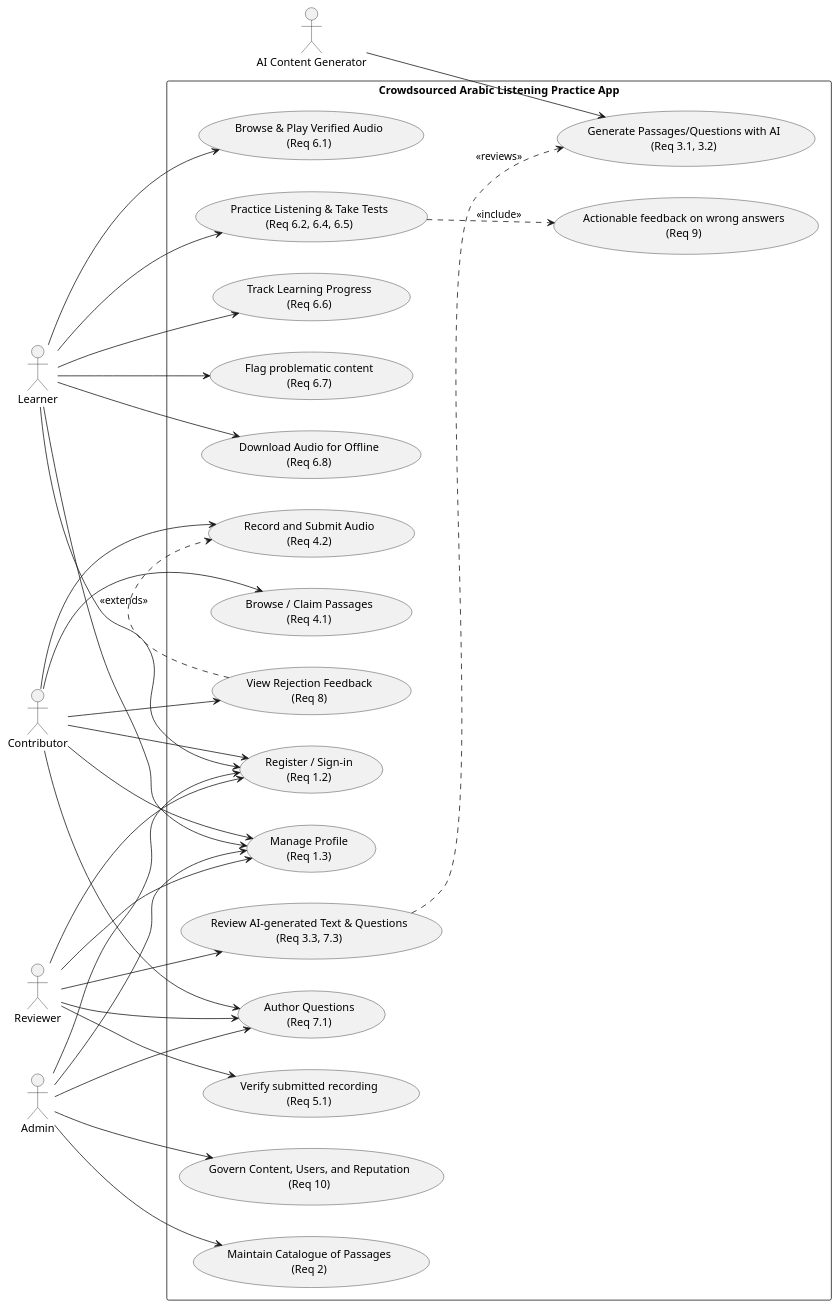
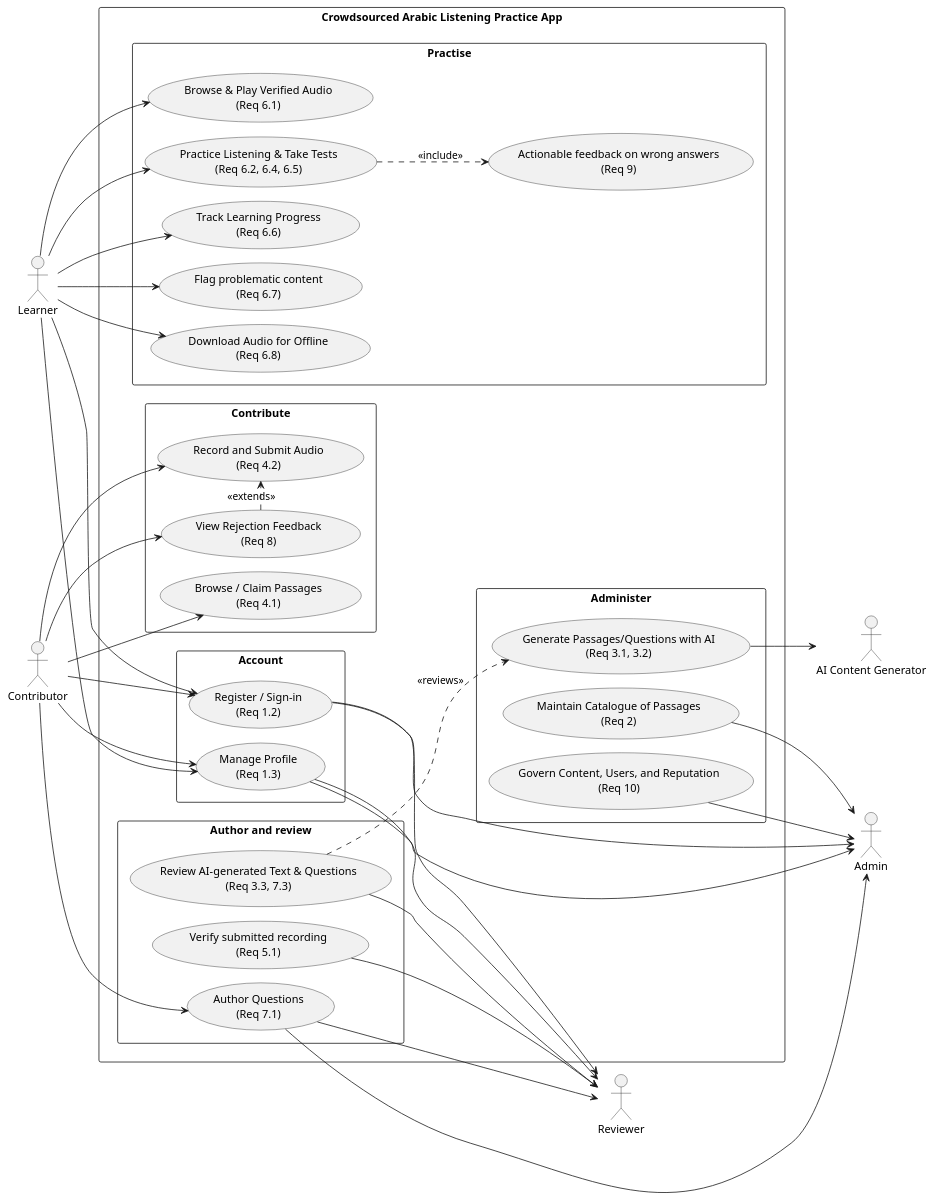
The diagram in h_uc.puml (iAbdulrrahman/asghi-diagrams), drawn with PlantUML before and after one commit. The commit also changed 1 other file, not shown here.

Commit message:
h_uc: organise by package, all 17 use cases kept
Every use case, requirement id, actor and relationship is exactly as authored.
Only the layout changed: five labelled blocks (Practise, Contribute, Account,
Author and review, Administer), each sitting beside the actors that use it,
so no line sweeps across the canvas.

```diff
--- a/h_uc.puml
+++ b/h_uc.puml
@@ -1,86 +1,90 @@
 @startuml
 left to right direction
 skinparam packageStyle rectangle
-skinparam nodesep 40
-skinparam ranksep 80
+skinparam shadowing false
+skinparam nodesep 18
+skinparam ranksep 45
 skinparam defaultFontName Arial
 
-' ==========================================
-' 1. LEFT ACTORS
-' ==========================================
 actor "Learner" as Learner
 actor "Contributor" as Contributor
 
-' ==========================================
-' 2. SYSTEM BOUNDARY
-' ==========================================
 rectangle "Crowdsourced Arabic Listening Practice App" {
- 
-  ' --- LEARNER USE CASES ---
-  usecase "Browse & Play Verified Audio\n(Req 6.1)" as UC_Browse
-  usecase "Practice Listening & Take Tests\n(Req 6.2, 6.4, 6.5)" as UC_Practice
-  usecase "Track Learning Progress\n(Req 6.6)" as UC_Track
-  usecase "Flag problematic content\n(Req 6.7)" as UC_Flag
-  usecase "Download Audio for Offline\n(Req 6.8)" as UC_Offline
 
-  ' --- CONTRIBUTOR USE CASES ---
-  usecase "Browse / Claim Passages\n(Req 4.1)" as UC_Claim
-  usecase "Record and Submit Audio\n(Req 4.2)" as UC_Record
-  usecase "View Rejection Feedback\n(Req 8)" as UC_Reject
+  package "Practise" {
+    usecase "Browse & Play Verified Audio\n(Req 6.1)" as UC_Browse
+    usecase "Practice Listening & Take Tests\n(Req 6.2, 6.4, 6.5)" as UC_Practice
+    usecase "Actionable feedback on wrong answers\n(Req 9)" as UC_Feedback
+    usecase "Track Learning Progress\n(Req 6.6)" as UC_Track
+    usecase "Flag problematic content\n(Req 6.7)" as UC_Flag
+    usecase "Download Audio for Offline\n(Req 6.8)" as UC_Offline
+  }
 
-  ' --- SHARED BY EVERY ROLE ---
-  usecase "Register / Sign-in\n(Req 1.2)" as UC_Reg
-  usecase "Manage Profile\n(Req 1.3)" as UC_Profile
+  package "Contribute" {
+    usecase "Browse / Claim Passages\n(Req 4.1)" as UC_Claim
+    usecase "Record and Submit Audio\n(Req 4.2)" as UC_Record
+    usecase "View Rejection Feedback\n(Req 8)" as UC_Reject
+  }
 
-  ' --- REVIEWER AND ADMIN USE CASES ---
-  usecase "Author Questions\n(Req 7.1)" as UC_Author
-  usecase "Verify submitted recording\n(Req 5.1)" as UC_Verify
-  usecase "Review AI-generated Text & Questions\n(Req 3.3, 7.3)" as UC_ReviewAI
-  usecase "Generate Passages/Questions with AI\n(Req 3.1, 3.2)" as UC_GenAI
-  usecase "Maintain Catalogue of Passages\n(Req 2)" as UC_Catalogue
-  usecase "Govern Content, Users, and Reputation\n(Req 10)" as UC_Govern
-  usecase "Actionable feedback on wrong answers\n(Req 9)" as UC_Feedback
+  package "Account" {
+    usecase "Register / Sign-in\n(Req 1.2)" as UC_Reg
+    usecase "Manage Profile\n(Req 1.3)" as UC_Profile
+  }
+
+  package "Author and review" {
+    usecase "Author Questions\n(Req 7.1)" as UC_Author
+    usecase "Verify submitted recording\n(Req 5.1)" as UC_Verify
+    usecase "Review AI-generated Text & Questions\n(Req 3.3, 7.3)" as UC_ReviewAI
+  }
+
+  package "Administer" {
+    usecase "Generate Passages/Questions with AI\n(Req 3.1, 3.2)" as UC_GenAI
+    usecase "Maintain Catalogue of Passages\n(Req 2)" as UC_Catalogue
+    usecase "Govern Content, Users, and Reputation\n(Req 10)" as UC_Govern
+  }
 }
 
-' ==========================================
-' 3. RIGHT ACTORS
-' ==========================================
 actor "Reviewer" as Reviewer
 actor "Admin" as Admin
 actor "AI Content Generator" as AI
 
-' ==========================================
-' 4. CONNECTIONS — grouped by actor, in the same order as the use cases above
-' ==========================================
+' ---- learner ----
 Learner --> UC_Browse
 Learner --> UC_Practice
 Learner --> UC_Track
 Learner --> UC_Flag
 Learner --> UC_Offline
+Learner --> UC_Reg
+Learner --> UC_Profile
 
+' ---- contributor ----
 Contributor --> UC_Claim
 Contributor --> UC_Record
 Contributor --> UC_Reject
+Contributor --> UC_Author
+Contributor --> UC_Reg
+Contributor --> UC_Profile
 
-Learner --> UC_Reg
-Contributor --> UC_Reg
-Reviewer --> UC_Reg
-Admin --> UC_Reg
-Learner --> UC_Profile
-Contributor --> UC_Profile
-Reviewer --> UC_Profile
-Admin --> UC_Profile
+' ---- reviewer ----
+UC_Verify --> Reviewer
+UC_ReviewAI --> Reviewer
+UC_Author --> Reviewer
+UC_Reg --> Reviewer
+UC_Profile --> Reviewer
 
-Contributor --> UC_Author
-Reviewer --> UC_Author
-Admin --> UC_Author
-Reviewer --> UC_Verify
-Reviewer --> UC_ReviewAI
-AI --> UC_GenAI
-Admin --> UC_Catalogue
-Admin --> UC_Govern
+' ---- admin ----
+UC_Catalogue --> Admin
+UC_Govern --> Admin
+UC_Author --> Admin
+UC_Reg --> Admin
+UC_Profile --> Admin
+
+' ---- AI ----
+UC_GenAI --> AI
+
+' ---- use case to use case ----
 UC_Practice ..> UC_Feedback : <<include>>
 UC_Reject .> UC_Record : <<extends>>
 UC_ReviewAI ..> UC_GenAI : <<reviews>>
 
 @enduml
```
